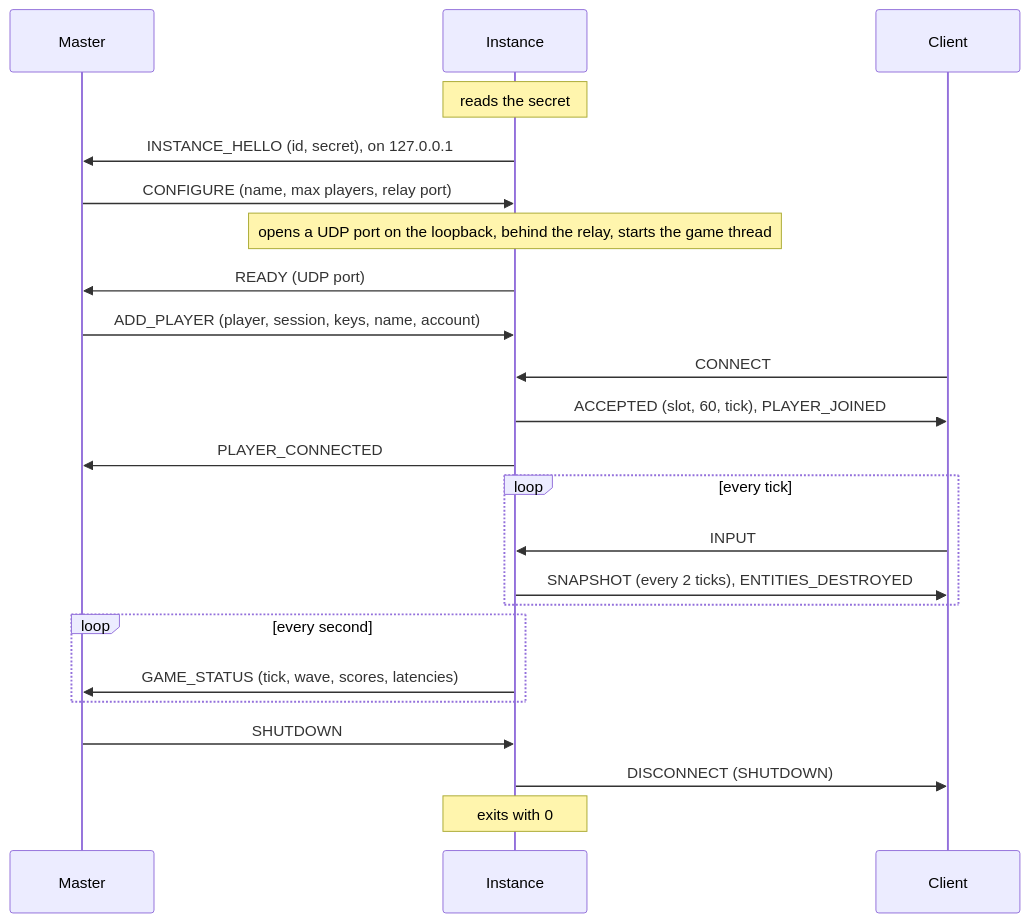
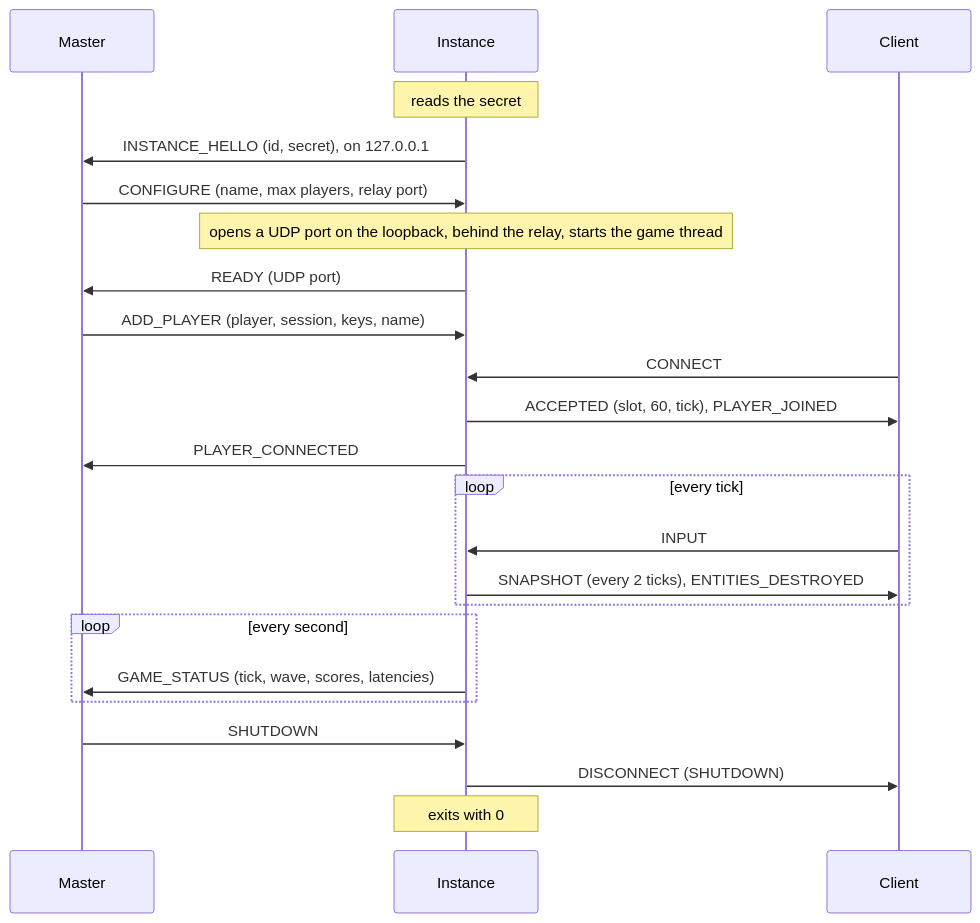
One commit to Akinator31/Rtype changed the fifth of 7 diagrams in docs/architecture/server.md. Above: the diagram before and after it, drawn with Mermaid. The commit also changed other lines of this file and 132 other files, not shown here.

````diff
--- a/docs/architecture/server.md
+++ b/docs/architecture/server.md
@@ -437,25 +436,25 @@
 ```mermaid
 sequenceDiagram
     participant M as Master
     participant I as Instance
     participant C as Client
     Note over I: reads the secret
     I->>M: INSTANCE_HELLO (id, secret), on 127.0.0.1
     M->>I: CONFIGURE (name, max players, relay port)
     Note over I: opens a UDP port on the loopback, behind the relay, starts the game thread
     I->>M: READY (UDP port)
-    M->>I: ADD_PLAYER (player, session, keys, name, account)
+    M->>I: ADD_PLAYER (player, session, keys, name)
     C->>I: CONNECT
     I->>C: ACCEPTED (slot, 60, tick), PLAYER_JOINED
     I->>M: PLAYER_CONNECTED
     loop every tick
         C->>I: INPUT
         I->>C: SNAPSHOT (every 2 ticks), ENTITIES_DESTROYED
     end
     loop every second
         I->>M: GAME_STATUS (tick, wave, scores, latencies)
     end
     M->>I: SHUTDOWN
     I->>C: DISCONNECT (SHUTDOWN)
     Note over I: exits with 0
 ```
````
